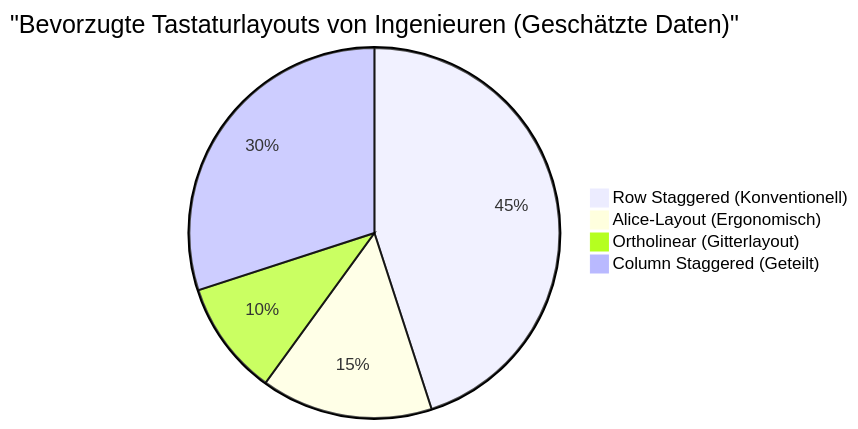
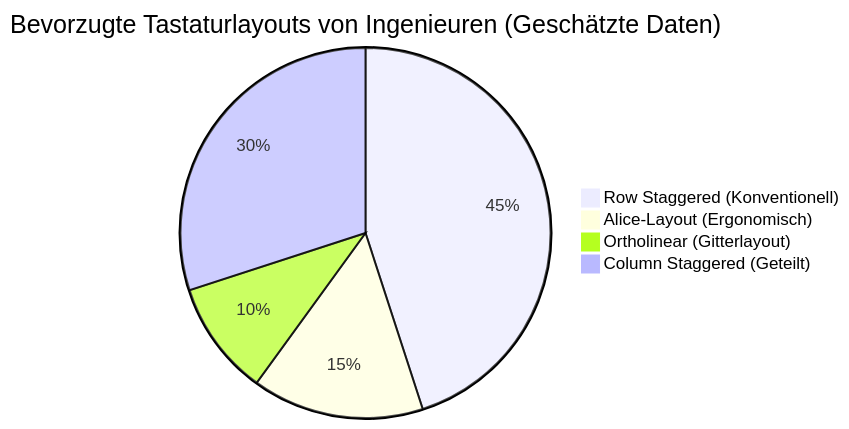
One commit to kenjinote/blog changed the third of 3 diagrams in content/post/mechanical_keyboards/index.de.md. Above: the diagram before and after it, drawn with Mermaid. The commit also changed other lines of this file and 703 other files, not shown here.

Commit message:
Fix: Remove quotes from Mermaid link texts and timeline definitions to support Mermaid 11.4.1

````diff
--- a/content/post/mechanical_keyboards/index.de.md
+++ b/content/post/mechanical_keyboards/index.de.md
@@ -127,7 +127,7 @@
 ```mermaid
-pie title "Bevorzugte Tastaturlayouts von Ingenieuren (Geschätzte Daten)"
+pie title Bevorzugte Tastaturlayouts von Ingenieuren (Geschätzte Daten)
     "Row Staggered (Konventionell)" : 45
     "Alice-Layout (Ergonomisch)" : 15
     "Ortholinear (Gitterlayout)" : 10
     "Column Staggered (Geteilt)" : 30
 ```
````
